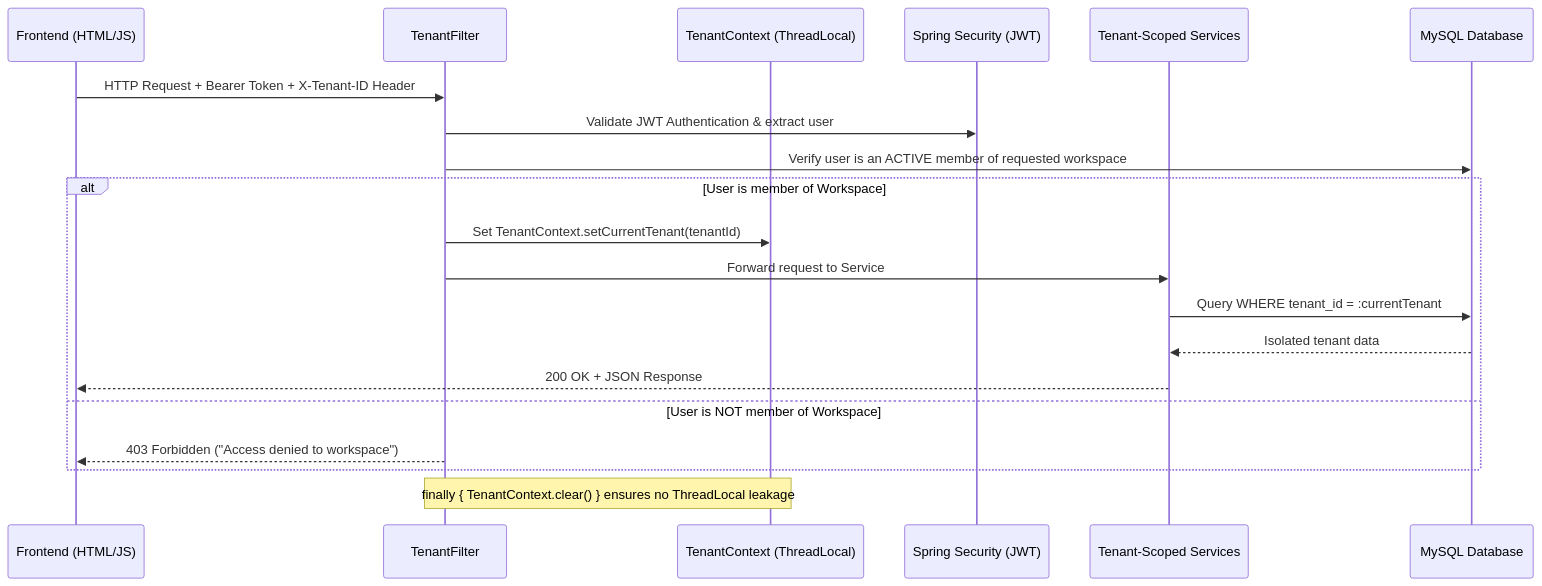
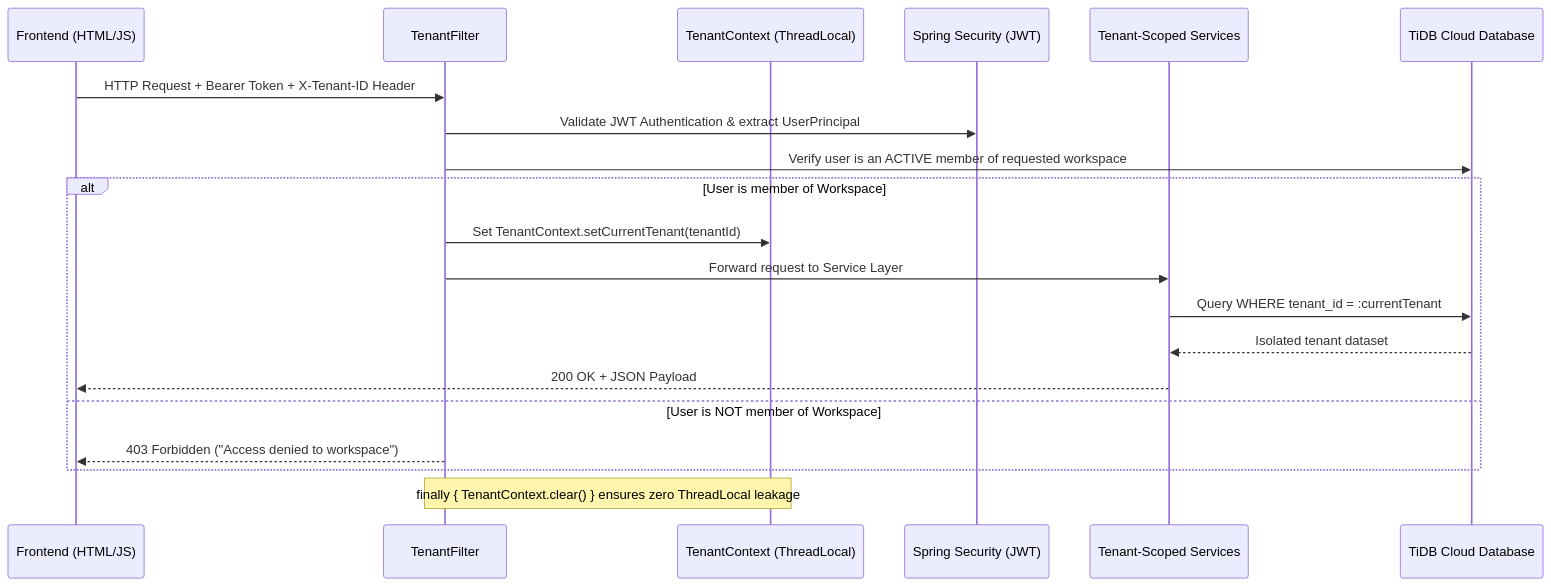
One commit to Bibek9178123/multi-tenant-workspace changed the diagram in README.md. Above: the diagram before and after it, drawn with Mermaid. The commit also changed other lines of this file, not shown here.

Commit message:
docs: revamp README.md with badges, live demo, email outbox, and TiDB cloud architecture

````diff
--- a/README.md
+++ b/README.md
@@ -15,23 +48,23 @@
 ```mermaid
 sequenceDiagram
     participant Client as Frontend (HTML/JS)
     participant TF as TenantFilter
     participant TC as TenantContext (ThreadLocal)
     participant SEC as Spring Security (JWT)
     participant SVC as Tenant-Scoped Services
-    participant DB as MySQL Database
+    participant DB as TiDB Cloud Database
 
     Client->>TF: HTTP Request + Bearer Token + X-Tenant-ID Header
-    TF->>SEC: Validate JWT Authentication & extract user
+    TF->>SEC: Validate JWT Authentication & extract UserPrincipal
     TF->>DB: Verify user is an ACTIVE member of requested workspace
     alt User is member of Workspace
         TF->>TC: Set TenantContext.setCurrentTenant(tenantId)
-        TF->>SVC: Forward request to Service
+        TF->>SVC: Forward request to Service Layer
         SVC->>DB: Query WHERE tenant_id = :currentTenant
-        DB-->>SVC: Isolated tenant data
-        SVC-->>Client: 200 OK + JSON Response
+        DB-->>SVC: Isolated tenant dataset
+        SVC-->>Client: 200 OK + JSON Payload
     else User is NOT member of Workspace
         TF-->>Client: 403 Forbidden ("Access denied to workspace")
     end
-    Note over TF,TC: finally { TenantContext.clear() } ensures no ThreadLocal leakage
+    Note over TF,TC: finally { TenantContext.clear() } ensures zero ThreadLocal leakage
 ```
````
